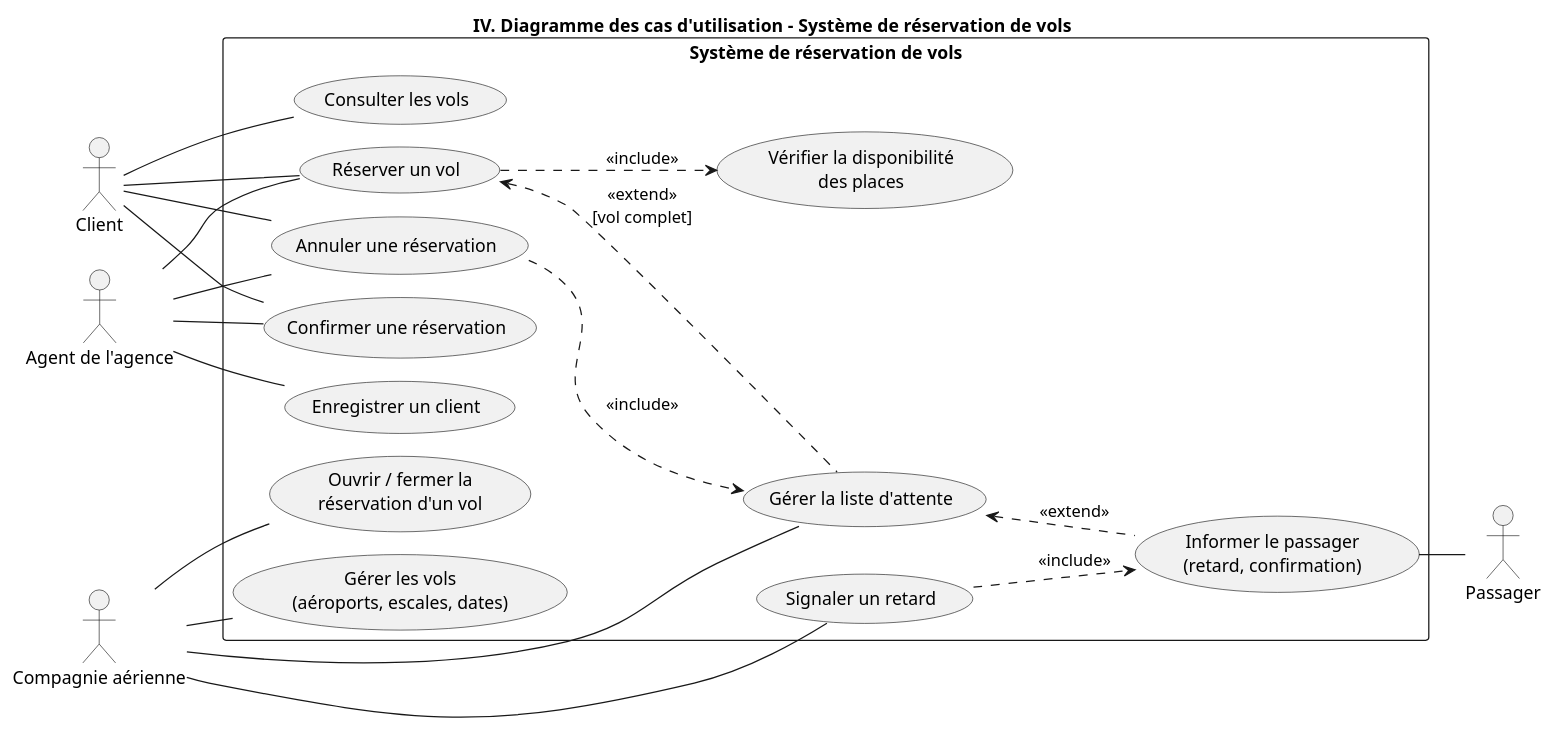
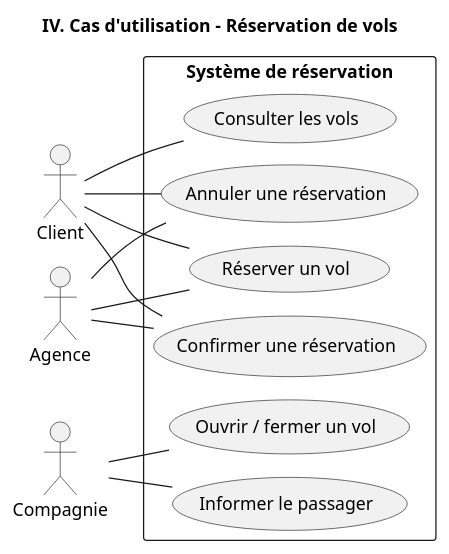
Before and after one commit to BambaXYZ/TP-C: the diagram in TD1-UML/src/4_cas_utilisation.puml, drawn with PlantUML. The commit also changed 12 other files, not shown here.

First line of the commit message:
TD1 UML : noms simples directement sur les diagrammes

```diff
--- a/TD1-UML/src/4_cas_utilisation.puml
+++ b/TD1-UML/src/4_cas_utilisation.puml
@@ -1,44 +1,28 @@
 @startuml cas_utilisation
 !pragma layout smetana
-title IV. Diagramme des cas d'utilisation - Système de réservation de vols
+title IV. Cas d'utilisation - Réservation de vols
 left to right direction
 
 actor Client
-actor "Agent de l'agence" as Agent
-actor Passager
-actor "Compagnie aérienne" as Compagnie
+actor "Agence" as Agence
+actor "Compagnie" as Compagnie
 
-rectangle "Système de réservation de vols" {
-  usecase "Consulter les vols" as UC1
-  usecase "Réserver un vol" as UC2
-  usecase "Vérifier la disponibilité\ndes places" as UC3
-  usecase "Confirmer une réservation" as UC4
-  usecase "Annuler une réservation" as UC5
-  usecase "Gérer la liste d'attente" as UC6
-  usecase "Informer le passager\n(retard, confirmation)" as UC7
-  usecase "Ouvrir / fermer la\nréservation d'un vol" as UC8
-  usecase "Gérer les vols\n(aéroports, escales, dates)" as UC9
-  usecase "Signaler un retard" as UC10
-  usecase "Enregistrer un client" as UC11
+rectangle "Système de réservation" {
+  usecase "Réserver un vol" as UC1
+  usecase "Confirmer une réservation" as UC2
+  usecase "Annuler une réservation" as UC3
+  usecase "Consulter les vols" as UC4
+  usecase "Ouvrir / fermer un vol" as UC5
+  usecase "Informer le passager" as UC6
 }
 
 Client -- UC1
 Client -- UC2
+Client -- UC3
 Client -- UC4
-Client -- UC5
-Agent -- UC2
-Agent -- UC11
-Agent -- UC4
-Agent -- UC5
-UC7 -- Passager
-Compagnie -- UC8
-Compagnie -- UC9
-Compagnie -- UC10
+Agence -- UC1
+Agence -- UC2
+Agence -- UC3
+Compagnie -- UC5
 Compagnie -- UC6
-
-UC2 ..> UC3 : <<include>>
-UC2 <.. UC6 : <<extend>>\n[vol complet]
-UC5 ..> UC6 : <<include>>
-UC10 ..> UC7 : <<include>>
-UC6 <.. UC7 : <<extend>>
 @enduml
```
